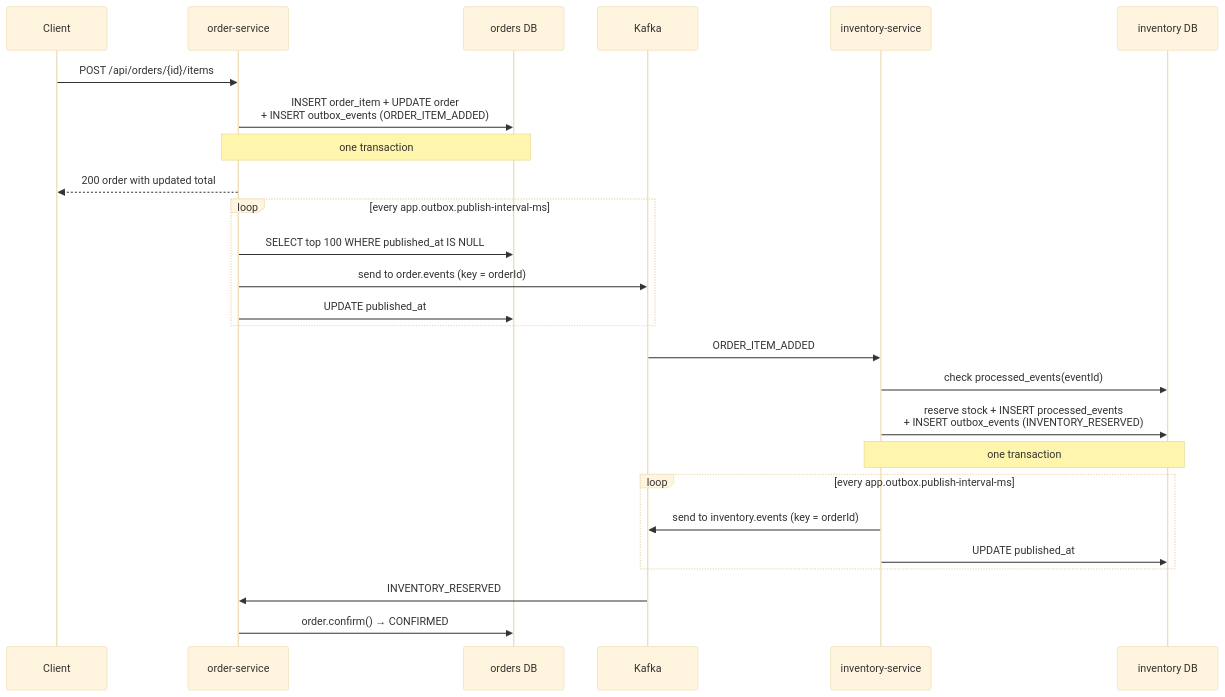
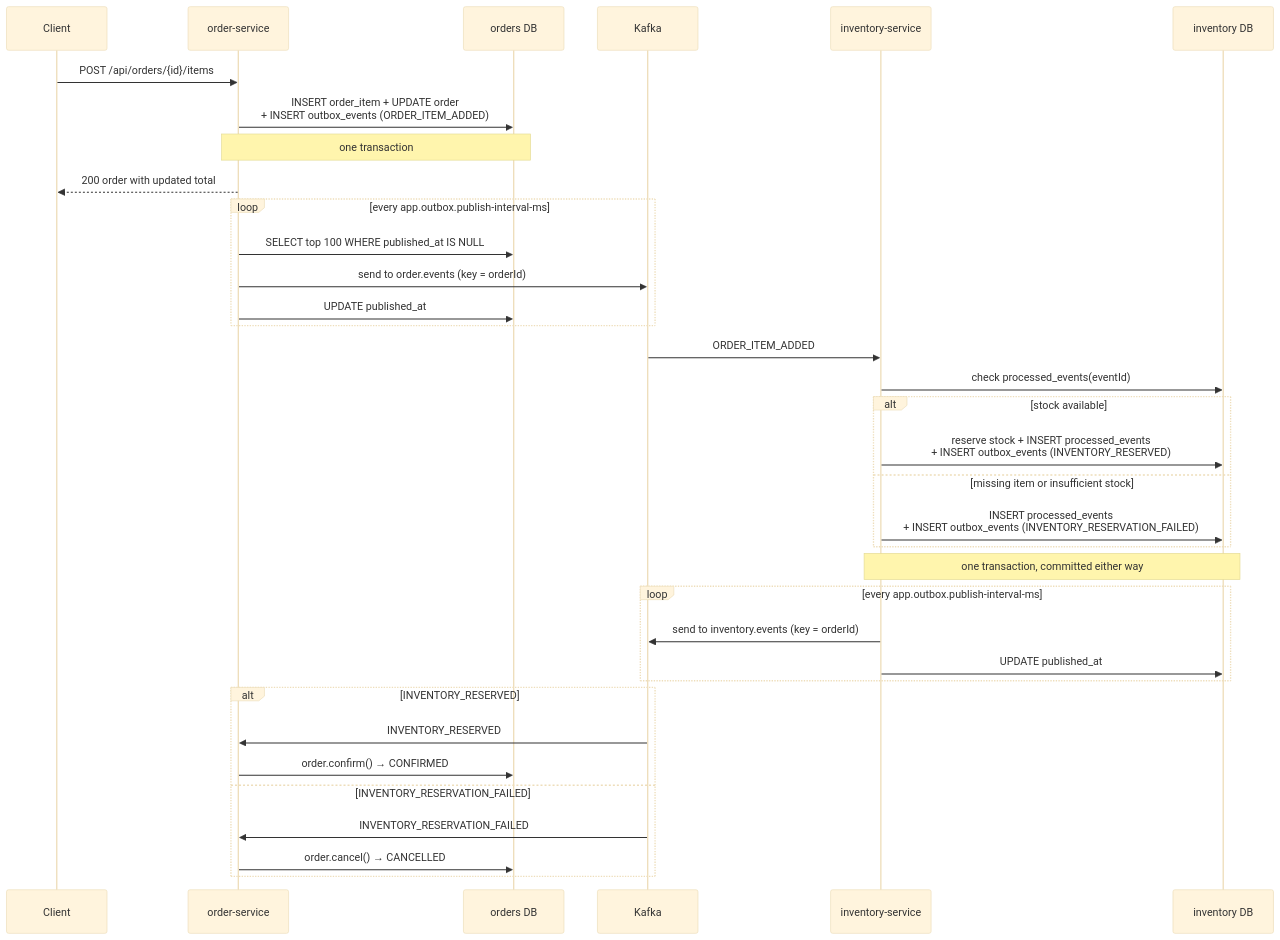
Before and after one commit to ahmet-keles/event-driven-commerce: the diagram in docs/EVENT_FLOW.md, drawn with Mermaid (base theme). The commit also changed other lines of this file and 4 other files, not shown here.

````diff
--- a/docs/EVENT_FLOW.md
+++ b/docs/EVENT_FLOW.md
@@ -107,33 +128,42 @@
 ```mermaid
 sequenceDiagram
     participant C as Client
     participant O as order-service
     participant ODB as orders DB
     participant K as Kafka
     participant I as inventory-service
     participant IDB as inventory DB
 
     C->>O: POST /api/orders/{id}/items
     O->>ODB: INSERT order_item + UPDATE order<br/>+ INSERT outbox_events (ORDER_ITEM_ADDED)
     Note over O,ODB: one transaction
     O-->>C: 200 order with updated total
 
     loop every app.outbox.publish-interval-ms
         O->>ODB: SELECT top 100 WHERE published_at IS NULL
         O->>K: send to order.events (key = orderId)
         O->>ODB: UPDATE published_at
     end
 
     K->>I: ORDER_ITEM_ADDED
     I->>IDB: check processed_events(eventId)
-    I->>IDB: reserve stock + INSERT processed_events<br/>+ INSERT outbox_events (INVENTORY_RESERVED)
-    Note over I,IDB: one transaction
+    alt stock available
+        I->>IDB: reserve stock + INSERT processed_events<br/>+ INSERT outbox_events (INVENTORY_RESERVED)
+    else missing item or insufficient stock
+        I->>IDB: INSERT processed_events<br/>+ INSERT outbox_events (INVENTORY_RESERVATION_FAILED)
+    end
+    Note over I,IDB: one transaction, committed either way
 
     loop every app.outbox.publish-interval-ms
         I->>K: send to inventory.events (key = orderId)
         I->>IDB: UPDATE published_at
     end
 
-    K->>O: INVENTORY_RESERVED
-    O->>ODB: order.confirm() → CONFIRMED
+    alt INVENTORY_RESERVED
+        K->>O: INVENTORY_RESERVED
+        O->>ODB: order.confirm() → CONFIRMED
+    else INVENTORY_RESERVATION_FAILED
+        K->>O: INVENTORY_RESERVATION_FAILED
+        O->>ODB: order.cancel() → CANCELLED
+    end
 ```
````
